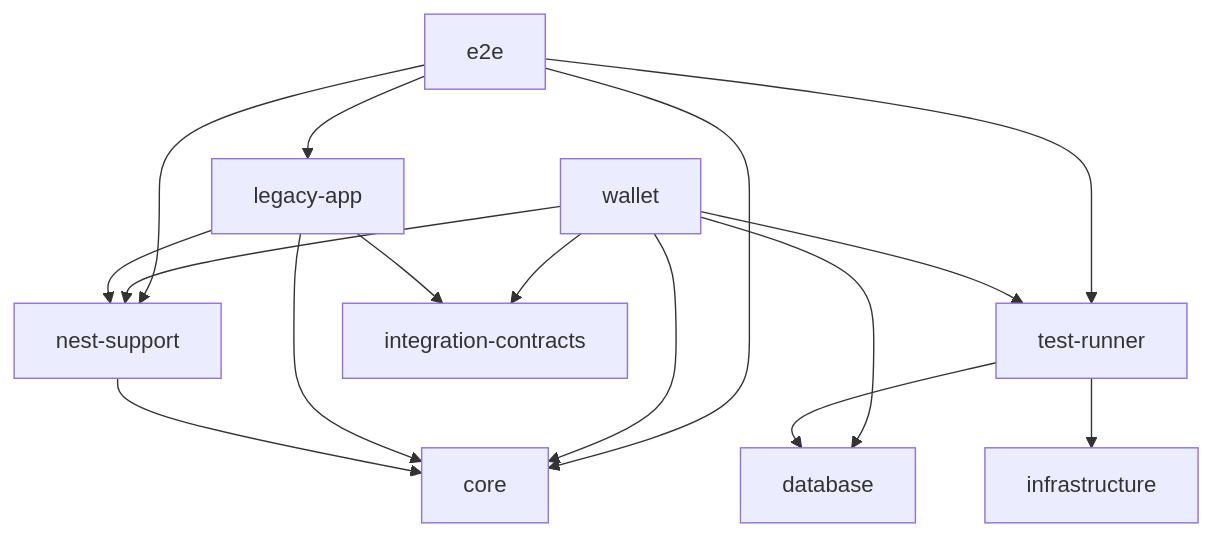
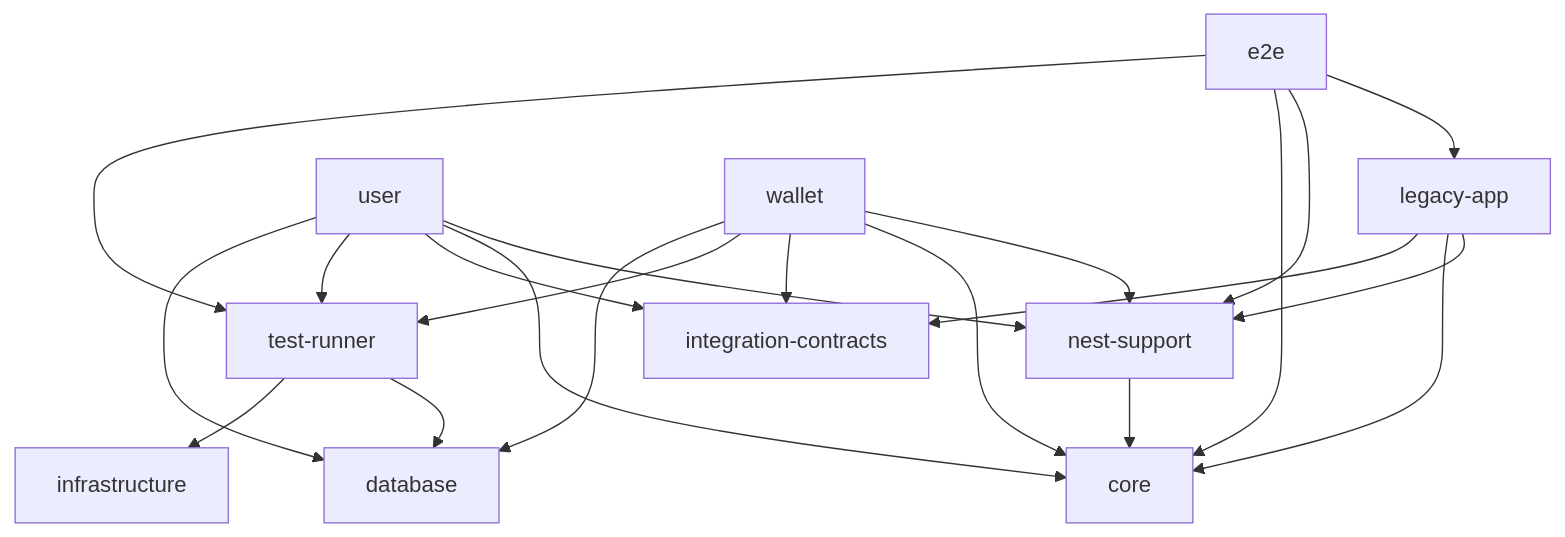
One commit to danilomartinelli/domain-driven-hexagon-scaffold changed the diagram in docs/nx-workspace.md. Above: the diagram before and after it, drawn with Mermaid. The commit also changed other lines of this file and 103 other files, not shown here.

````diff
--- a/docs/nx-workspace.md
+++ b/docs/nx-workspace.md
@@ -40,18 +42,23 @@
 ```mermaid
 graph TD
   e2e --> legacy-app
   e2e --> nest-support
   e2e --> core
   e2e --> test-runner
+  user --> nest-support
+  user --> core
+  user --> integration-contracts
+  user --> test-runner
+  user --> database
   wallet --> nest-support
   wallet --> core
   wallet --> integration-contracts
   wallet --> test-runner
   wallet --> database
   test-runner --> database
   test-runner --> infrastructure
   legacy-app --> nest-support
   legacy-app --> core
   legacy-app --> integration-contracts
   nest-support --> core
 ```
````
